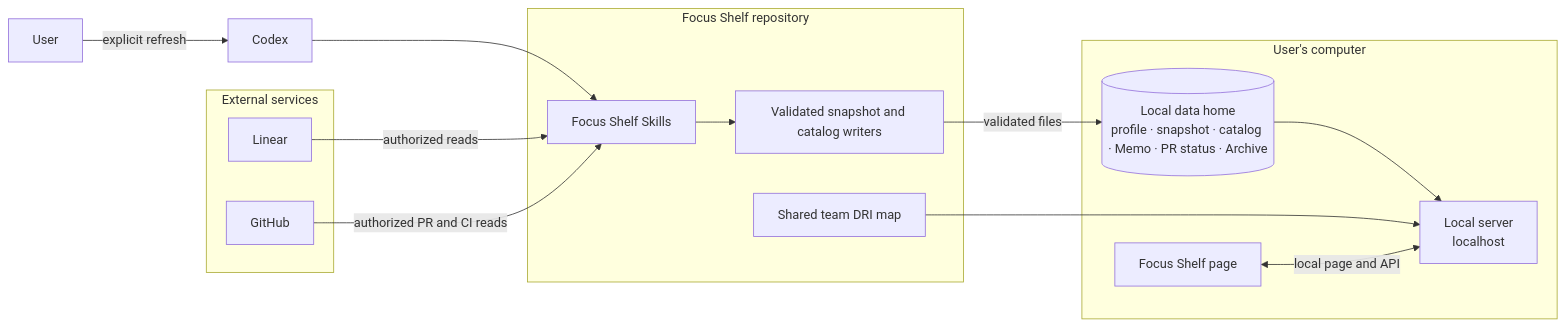
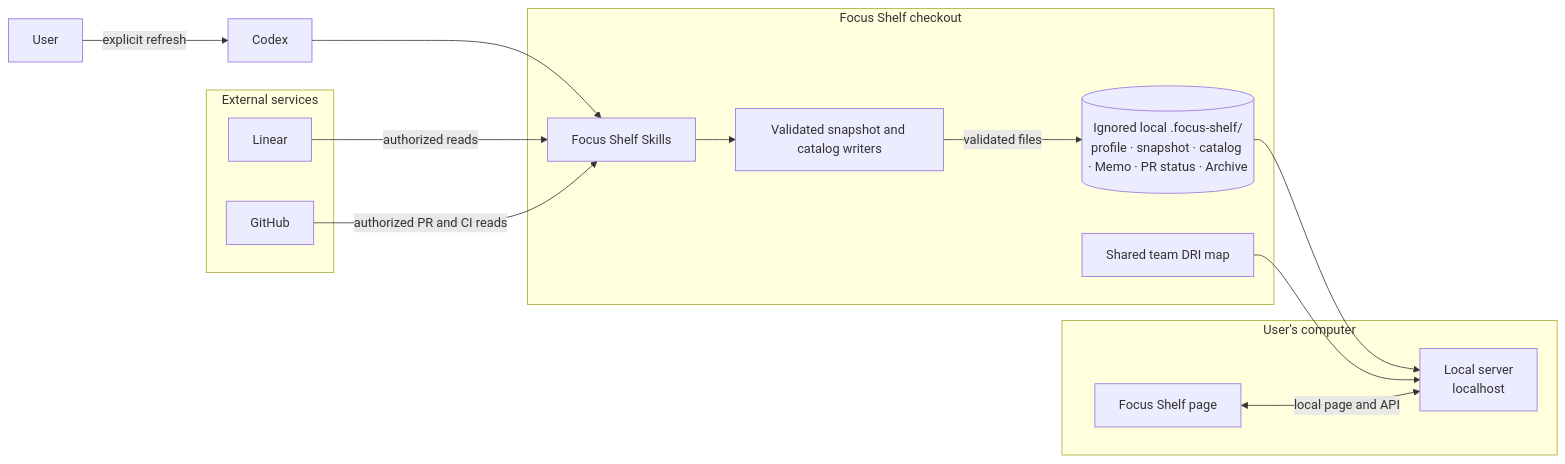
Before and after one commit to ShengHuang21/focus-shelf: the diagram in README.md, drawn with Mermaid. The commit also changed other lines of this file and 8 other files, not shown here.

Commit message:
Default Focus Shelf data to ignored checkout folder

````diff
--- a/README.md
+++ b/README.md
@@ -5,30 +5,30 @@
 ```mermaid
 flowchart LR
   User[User] -->|explicit refresh| Codex[Codex]
 
-  subgraph Repo[Focus Shelf repository]
+  subgraph Repo[Focus Shelf checkout]
     Skills[Focus Shelf Skills]
     Writers[Validated snapshot and catalog writers]
     DRI[Shared team DRI map]
+    Data[(Ignored local .focus-shelf/<br/>profile · snapshot · catalog · Memo · PR status · Archive)]
     Skills --> Writers
   end
 
   subgraph Services[External services]
     Linear[Linear]
     GitHub[GitHub]
   end
 
   subgraph Local[User's computer]
-    Data[(Local data home<br/>profile · snapshot · catalog · Memo · PR status · Archive)]
     Server[Local server<br/>localhost]
     Page[Focus Shelf page]
   end
 
   Codex --> Skills
   Linear -->|authorized reads| Skills
   GitHub -->|authorized PR and CI reads| Skills
   Writers -->|validated files| Data
   Data --> Server
   DRI --> Server
   Page <-->|local page and API| Server
 ```
````
